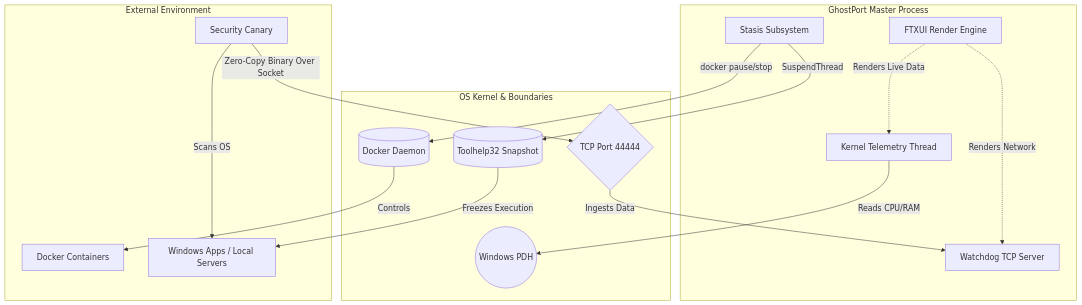
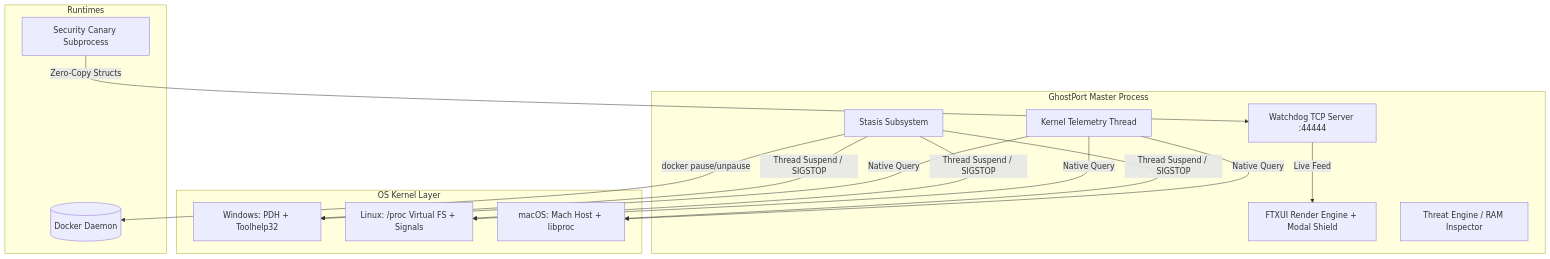
One commit to NimnaOfficial/GhostPort changed the diagram in README.md. Above: the diagram before and after it, drawn with Mermaid. The commit also changed other lines of this file and 6 other files, not shown here.

````diff
--- a/README.md
+++ b/README.md
@@ -53,36 +68,33 @@
 ```mermaid
 graph TD
     subgraph GhostPort Master Process
-        UI[FTXUI Render Engine]
+        UI[FTXUI Render Engine + Modal Shield]
         TEL[Kernel Telemetry Thread]
-        WD[Watchdog TCP Server]
+        WD[Watchdog TCP Server :44444]
         ST[Stasis Subsystem]
+        THREAT[Threat Engine / RAM Inspector]
     end
 
-    subgraph OS Kernel & Boundaries
-        PDH((Windows PDH))
-        PIPE{TCP Port 44444}
-        DOC[(Docker Daemon)]
-        TH32[(Toolhelp32 Snapshot)]
+    subgraph OS Kernel Layer
+        WIN_K[Windows: PDH + Toolhelp32]
+        LNX_K[Linux: /proc Virtual FS + Signals]
+        MAC_K[macOS: Mach Host + libproc]
     end
 
-    subgraph External Environment
-        CAN[Security Canary]
-        CON[Docker Containers]
-        WIN[Windows Apps / Local Servers]
+    subgraph Runtimes
+        DOC[(Docker Daemon)]
+        CAN[Security Canary Subprocess]
     end
 
-    TEL -->|Reads CPU/RAM| PDH
-    UI -.->|Renders Live Data| TEL
-    UI -.->|Renders Network| WD
+    TEL -->|Native Query| WIN_K
+    TEL -->|Native Query| LNX_K
+    TEL -->|Native Query| MAC_K
 
-    CAN -->|Scans OS| WIN
-    CAN -->|Zero-Copy Binary Over Socket| PIPE
-    PIPE -->|Ingests Data| WD
+    CAN -->|Zero-Copy Structs| WD
+    WD -->|Live Feed| UI
 
-    ST -->|docker pause/stop| DOC
-    DOC -->|Controls| CON
-    ST -->|SuspendThread| TH32
-    TH32 -->|Freezes Execution| WIN
-
+    ST -->|docker pause/unpause| DOC
+    ST -->|Thread Suspend / SIGSTOP| WIN_K
+    ST -->|Thread Suspend / SIGSTOP| LNX_K
+    ST -->|Thread Suspend / SIGSTOP| MAC_K
 ```
````
